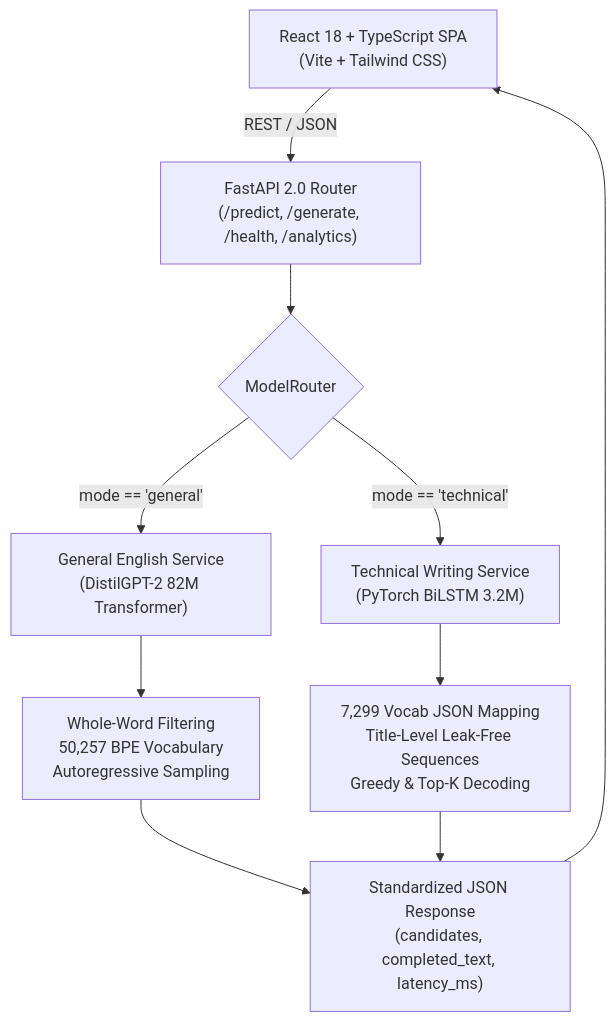
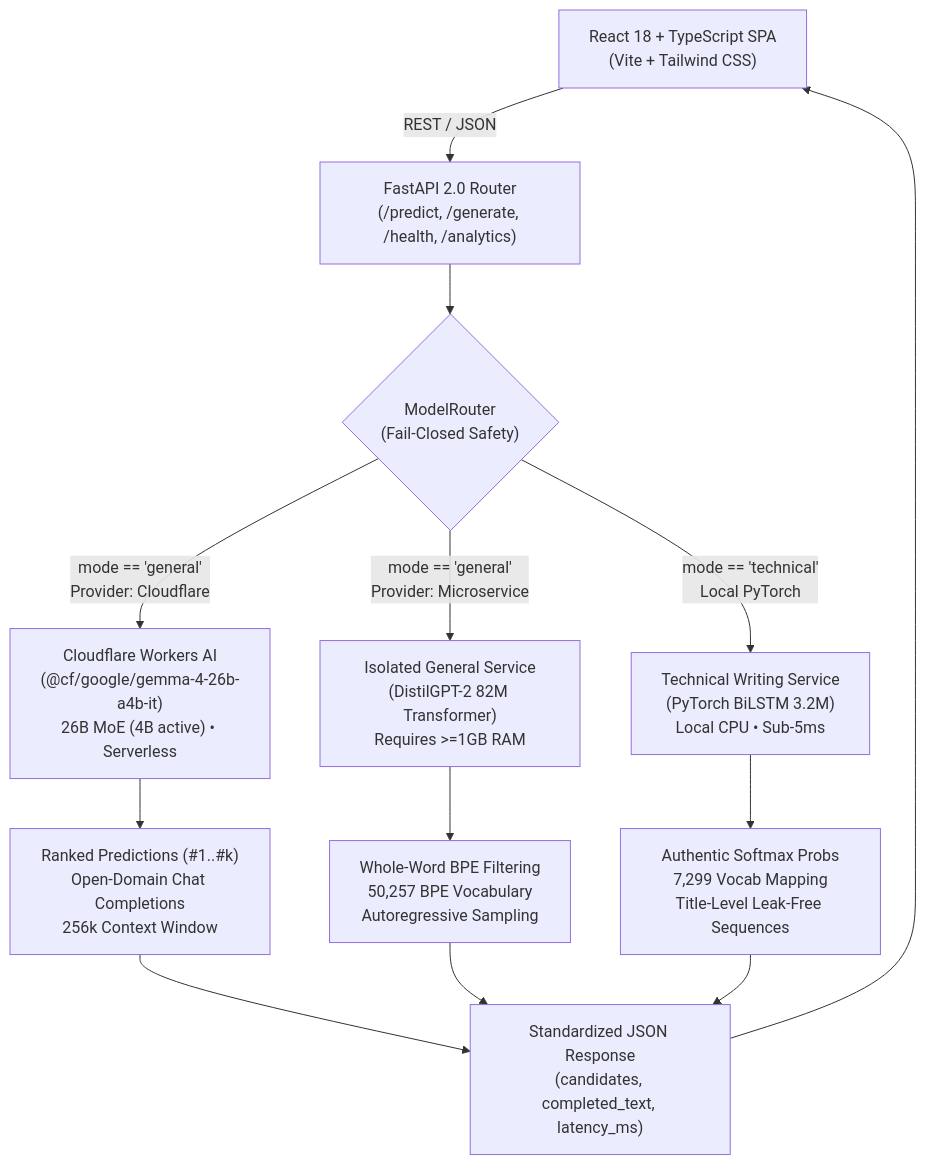
One commit to UMARMUKTHAR03/predictive-text-generator changed the diagram in README.md. Above: the diagram before and after it, drawn with Mermaid. The commit also changed other lines of this file and 18 other files, not shown here.

````diff
--- a/README.md
+++ b/README.md
@@ -49,16 +52,19 @@
 ```mermaid
 flowchart TD
     Client["React 18 + TypeScript SPA\n(Vite + Tailwind CSS)"] -->|REST / JSON| API["FastAPI 2.0 Router\n(/predict, /generate, /health, /analytics)"]
     
-    API --> Router{"ModelRouter"}
+    API --> Router{"ModelRouter\n(Fail-Closed Safety)"}
     
-    Router -->|mode == 'general'| GenService["General English Service\n(DistilGPT-2 82M Transformer)"]
-    Router -->|mode == 'technical'| TechService["Technical Writing Service\n(PyTorch BiLSTM 3.2M)"]
+    Router -->|mode == 'general'\nProvider: Cloudflare| CFService["Cloudflare Workers AI\n(@cf/google/gemma-4-26b-a4b-it)\n26B MoE (4B active) • Serverless"]
+    Router -->|mode == 'general'\nProvider: Microservice| GenService["Isolated General Service\n(DistilGPT-2 82M Transformer)\nRequires >=1GB RAM"]
+    Router -->|mode == 'technical'\nLocal PyTorch| TechService["Technical Writing Service\n(PyTorch BiLSTM 3.2M)\nLocal CPU • Sub-5ms"]
     
-    GenService --> GenOut["Whole-Word Filtering\n50,257 BPE Vocabulary\nAutoregressive Sampling"]
-    TechService --> TechOut["7,299 Vocab JSON Mapping\nTitle-Level Leak-Free Sequences\nGreedy & Top-K Decoding"]
+    CFService --> CFOut["Ranked Predictions (#1..#k)\nOpen-Domain Chat Completions\n256k Context Window"]
+    GenService --> GenOut["Whole-Word BPE Filtering\n50,257 BPE Vocabulary\nAutoregressive Sampling"]
+    TechService --> TechOut["Authentic Softmax Probs\n7,299 Vocab Mapping\nTitle-Level Leak-Free Sequences"]
     
-    GenOut --> Response["Standardized JSON Response\n(candidates, completed_text, latency_ms)"]
+    CFOut --> Response["Standardized JSON Response\n(candidates, completed_text, latency_ms)"]
+    GenOut --> Response
     TechOut --> Response
     Response --> Client
 ```
````
